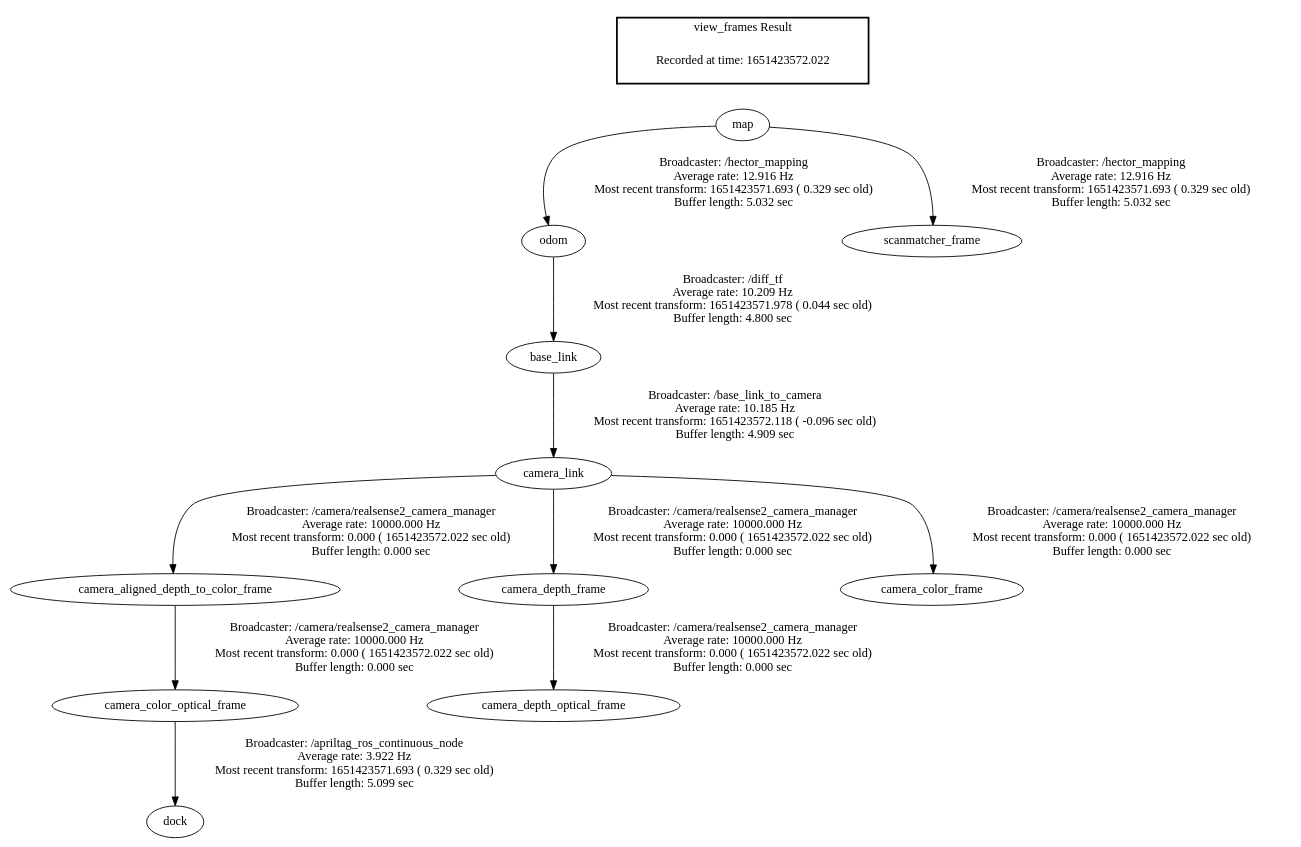
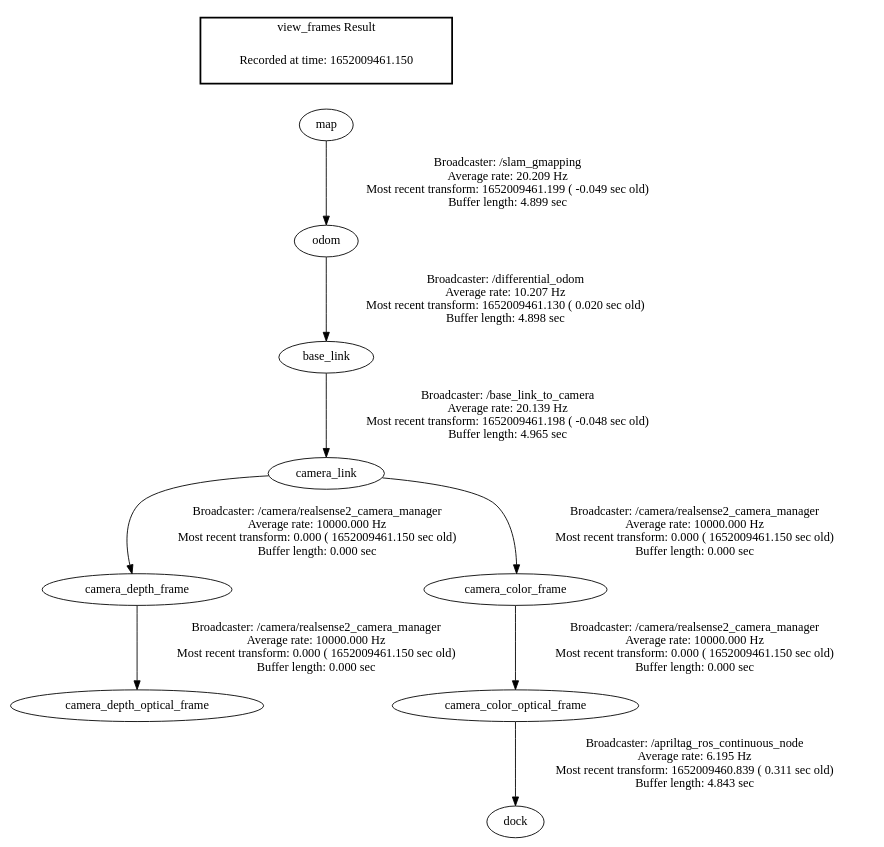
The diagram in scripts/frames.gv (Honza0297/ros-trilobot), drawn with Graphviz before and after one commit. The commit also changed 15 other files, not shown here.

```diff
--- a/scripts/frames.gv
+++ b/scripts/frames.gv
@@ -1,16 +1,14 @@
 digraph G {
-"camera_color_optical_frame" -> "dock"[label="Broadcaster: /apriltag_ros_continuous_node\nAverage rate: 3.922 Hz\nMost recent transform: 1651423571.693 ( 0.329 sec old)\nBuffer length: 5.099 sec\n"];
-"camera_aligned_depth_to_color_frame" -> "camera_color_optical_frame"[label="Broadcaster: /camera/realsense2_camera_manager\nAverage rate: 10000.000 Hz\nMost recent transform: 0.000 ( 1651423572.022 sec old)\nBuffer length: 0.000 sec\n"];
-"base_link" -> "camera_link"[label="Broadcaster: /base_link_to_camera\nAverage rate: 10.185 Hz\nMost recent transform: 1651423572.118 ( -0.096 sec old)\nBuffer length: 4.909 sec\n"];
-"odom" -> "base_link"[label="Broadcaster: /diff_tf\nAverage rate: 10.209 Hz\nMost recent transform: 1651423571.978 ( 0.044 sec old)\nBuffer length: 4.800 sec\n"];
-"camera_link" -> "camera_depth_frame"[label="Broadcaster: /camera/realsense2_camera_manager\nAverage rate: 10000.000 Hz\nMost recent transform: 0.000 ( 1651423572.022 sec old)\nBuffer length: 0.000 sec\n"];
-"camera_depth_frame" -> "camera_depth_optical_frame"[label="Broadcaster: /camera/realsense2_camera_manager\nAverage rate: 10000.000 Hz\nMost recent transform: 0.000 ( 1651423572.022 sec old)\nBuffer length: 0.000 sec\n"];
-"camera_link" -> "camera_color_frame"[label="Broadcaster: /camera/realsense2_camera_manager\nAverage rate: 10000.000 Hz\nMost recent transform: 0.000 ( 1651423572.022 sec old)\nBuffer length: 0.000 sec\n"];
-"camera_link" -> "camera_aligned_depth_to_color_frame"[label="Broadcaster: /camera/realsense2_camera_manager\nAverage rate: 10000.000 Hz\nMost recent transform: 0.000 ( 1651423572.022 sec old)\nBuffer length: 0.000 sec\n"];
-"map" -> "odom"[label="Broadcaster: /hector_mapping\nAverage rate: 12.916 Hz\nMost recent transform: 1651423571.693 ( 0.329 sec old)\nBuffer length: 5.032 sec\n"];
-"map" -> "scanmatcher_frame"[label="Broadcaster: /hector_mapping\nAverage rate: 12.916 Hz\nMost recent transform: 1651423571.693 ( 0.329 sec old)\nBuffer length: 5.032 sec\n"];
+"base_link" -> "camera_link"[label="Broadcaster: /base_link_to_camera\nAverage rate: 20.139 Hz\nMost recent transform: 1652009461.198 ( -0.048 sec old)\nBuffer length: 4.965 sec\n"];
+"odom" -> "base_link"[label="Broadcaster: /differential_odom\nAverage rate: 10.207 Hz\nMost recent transform: 1652009461.130 ( 0.020 sec old)\nBuffer length: 4.898 sec\n"];
+"camera_link" -> "camera_depth_frame"[label="Broadcaster: /camera/realsense2_camera_manager\nAverage rate: 10000.000 Hz\nMost recent transform: 0.000 ( 1652009461.150 sec old)\nBuffer length: 0.000 sec\n"];
+"camera_depth_frame" -> "camera_depth_optical_frame"[label="Broadcaster: /camera/realsense2_camera_manager\nAverage rate: 10000.000 Hz\nMost recent transform: 0.000 ( 1652009461.150 sec old)\nBuffer length: 0.000 sec\n"];
+"camera_link" -> "camera_color_frame"[label="Broadcaster: /camera/realsense2_camera_manager\nAverage rate: 10000.000 Hz\nMost recent transform: 0.000 ( 1652009461.150 sec old)\nBuffer length: 0.000 sec\n"];
+"camera_color_frame" -> "camera_color_optical_frame"[label="Broadcaster: /camera/realsense2_camera_manager\nAverage rate: 10000.000 Hz\nMost recent transform: 0.000 ( 1652009461.150 sec old)\nBuffer length: 0.000 sec\n"];
+"map" -> "odom"[label="Broadcaster: /slam_gmapping\nAverage rate: 20.209 Hz\nMost recent transform: 1652009461.199 ( -0.049 sec old)\nBuffer length: 4.899 sec\n"];
+"camera_color_optical_frame" -> "dock"[label="Broadcaster: /apriltag_ros_continuous_node\nAverage rate: 6.195 Hz\nMost recent transform: 1652009460.839 ( 0.311 sec old)\nBuffer length: 4.843 sec\n"];
 edge [style=invis];
  subgraph cluster_legend { style=bold; color=black; label ="view_frames Result";
-"Recorded at time: 1651423572.022"[ shape=plaintext ] ;
+"Recorded at time: 1652009461.150"[ shape=plaintext ] ;
  }->"map";
 }
```
